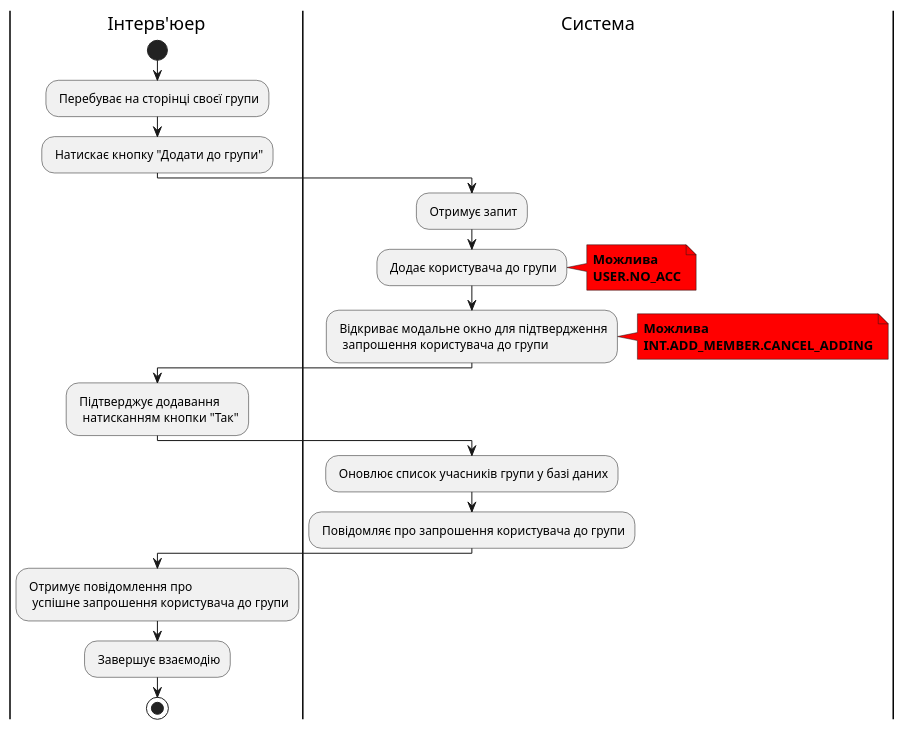
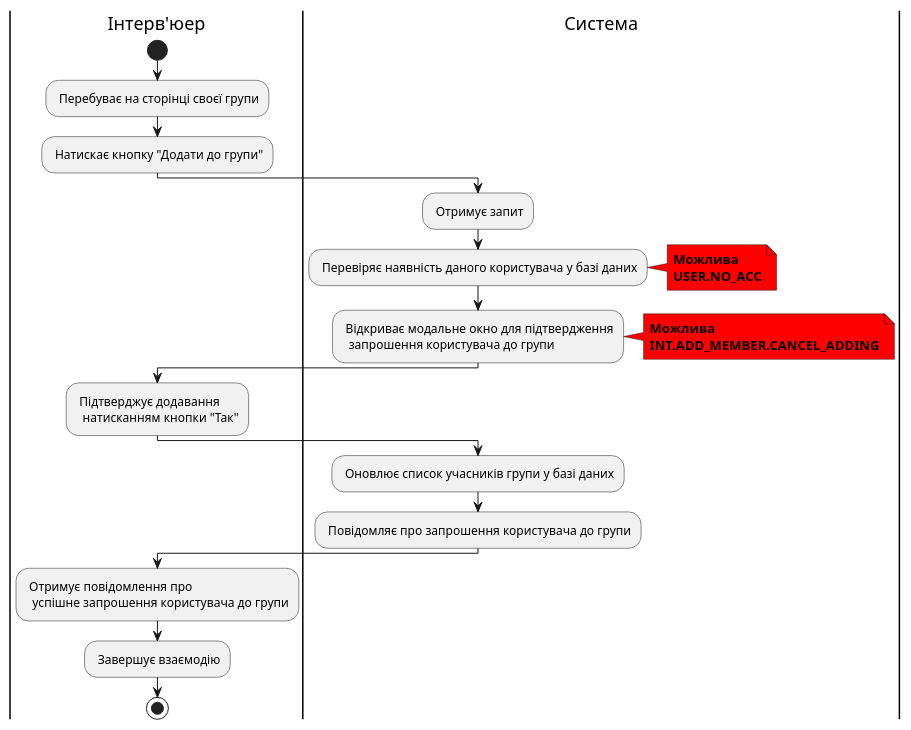
Before and after one commit to michigang1/ImForms: diagram 15 of 22 in docs/use cases/README.md, drawn with PlantUML. The commit also changed other lines of this file, not shown here.

Commit message:
Added some changes in diagrams of scenarios

```diff
--- a/docs/use cases/README.md
+++ b/docs/use cases/README.md
@@ -679,35 +679,35 @@
-@startuml
+@startuml    
 
 |Інтерв'юер|
 start
 : Перебуває на сторінці своєї групи;
 : Натискає кнопку "Додати до групи";
 
 |Система|
 : Отримує запит; 
-: Додає користувача до групи;
+: Перевіряє наявність даного користувача у базі даних;
 note right #ff0000
 <b>Можлива</b>
 <b>USER.NO_ACC</b>
 end note
 : Відкриває модальне окно для підтвердження
   запрошення користувача до групи;
 note right #ff0000
 <b>Можлива</b>
 <b>INT.ADD_MEMBER.CANCEL_ADDING</b>
 end note
 
 |Інтерв'юер|
 : Підтверджує додавання
   натисканням кнопки "Так";
 
 |Система|
 : Оновлює список учасників групи у базі даних;
 : Повідомляє про запрошення користувача до групи;
 
 |Інтерв'юер|
 : Отримує повідомлення про
   успішне запрошення користувача до групи;
-: Завершує взаємодію;
-stop;
-@enduml
+: Завершує взаємодію;  
+stop;  
+@enduml  
```
